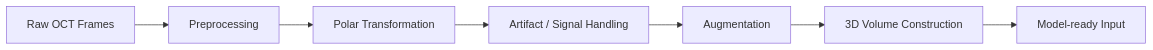
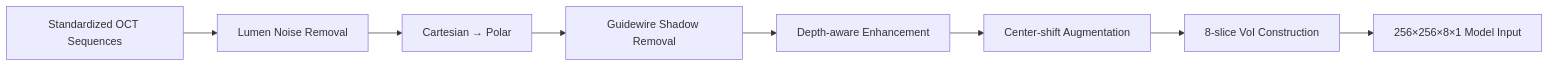
The third of 5 diagrams in README.md (ChengYuChing/3D-DLimage-segmentation), drawn with Mermaid before and after one commit. The commit also changed other lines of this file, not shown here.

````diff
--- a/README.md
+++ b/README.md
@@ -114,9 +146,10 @@
 ```mermaid
 flowchart LR
-    A["Raw OCT Frames"] --> B["Preprocessing"]
-    B --> C["Polar Transformation"]
-    C --> D["Artifact / Signal Handling"]
-    D --> E["Augmentation"]
-    E --> F["3D Volume Construction"]
-    F --> G["Model-ready Input"]
+    A["Standardized OCT Sequences"] --> B["Lumen Noise Removal"]
+    B --> C["Cartesian → Polar"]
+    C --> D["Guidewire Shadow Removal"]
+    D --> E["Depth-aware Enhancement"]
+    E --> F["Center-shift Augmentation"]
+    F --> G["8-slice VoI Construction"]
+    G --> H["256×256×8×1 Model Input"]
 ```
````
